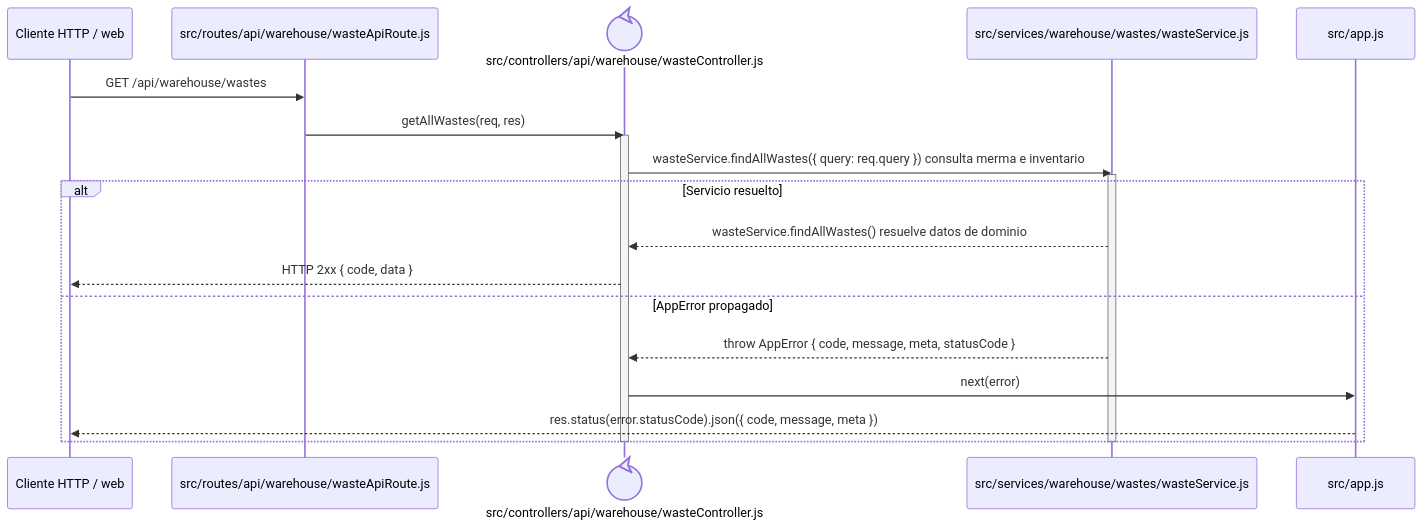
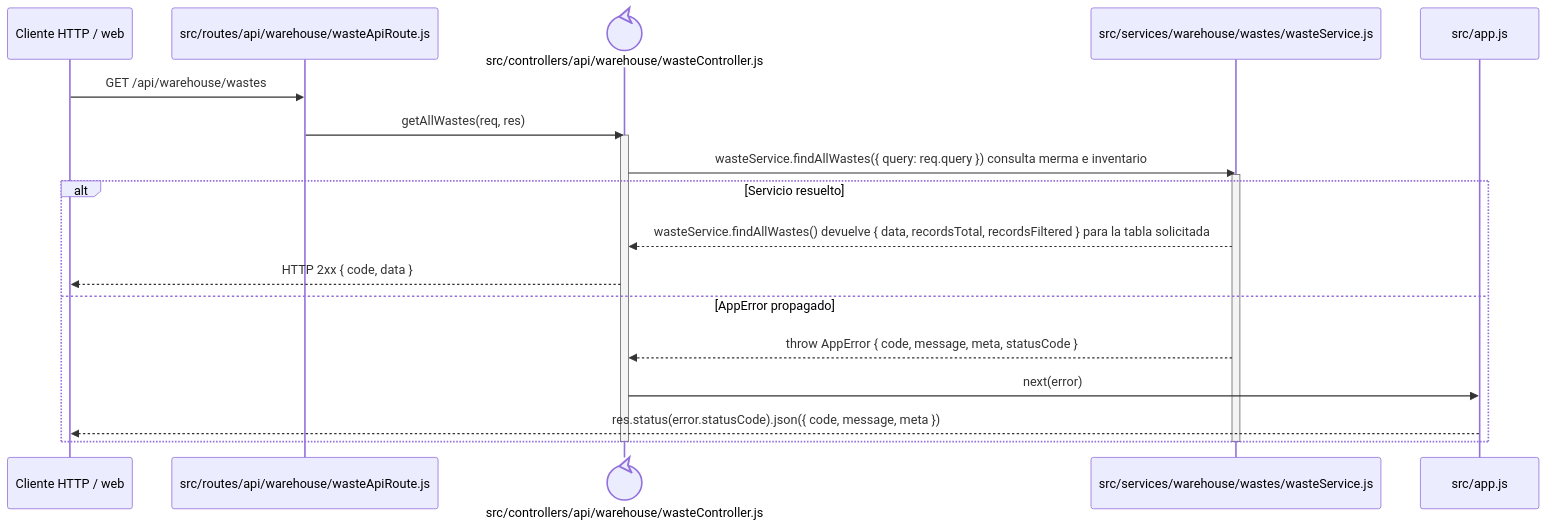
One commit to gpgsistemas01/nexus changed the diagram in docs/architecture/backend-code-sequences/catalogs/cu-alm-09.md. Above: the diagram before and after it, drawn with Mermaid. The commit also changed 102 other files, not shown here.

````diff
--- a/docs/architecture/backend-code-sequences/catalogs/cu-alm-09.md
+++ b/docs/architecture/backend-code-sequences/catalogs/cu-alm-09.md
@@ -6,24 +6,24 @@
 ```mermaid
 sequenceDiagram
     participant Client as Cliente HTTP / web
     participant Route as src/routes/api/warehouse/wasteApiRoute.js
     participant Controller@{ "type": "control" } as src/controllers/api/warehouse/wasteController.js
     participant Domain as src/services/warehouse/wastes/wasteService.js
     participant ErrorHandler as src/app.js
 
     Client->>Route: GET /api/warehouse/wastes
     Route->>Controller: getAllWastes(req, res)
     activate Controller
     Controller->>Domain: wasteService.findAllWastes({ query: req.query }) consulta merma e inventario
     activate Domain
     alt Servicio resuelto
-        Domain-->>Controller: wasteService.findAllWastes() resuelve datos de dominio
+        Domain-->>Controller: wasteService.findAllWastes() devuelve { data, recordsTotal, recordsFiltered } para la tabla solicitada
         Controller-->>Client: HTTP 2xx { code, data }
     else AppError propagado
         Domain-->>Controller: throw AppError { code, message, meta, statusCode }
         Controller->>ErrorHandler: next(error)
         ErrorHandler-->>Client: res.status(error.statusCode).json({ code, message, meta })
     end
     deactivate Domain
     deactivate Controller
 ```
````
